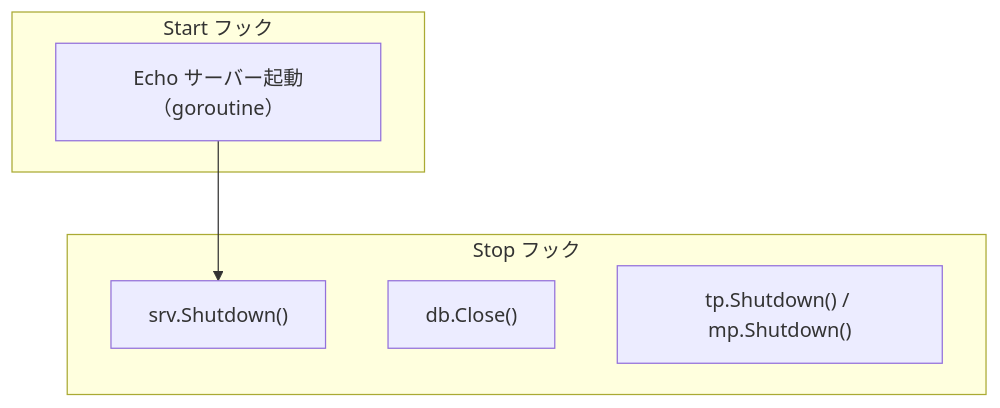
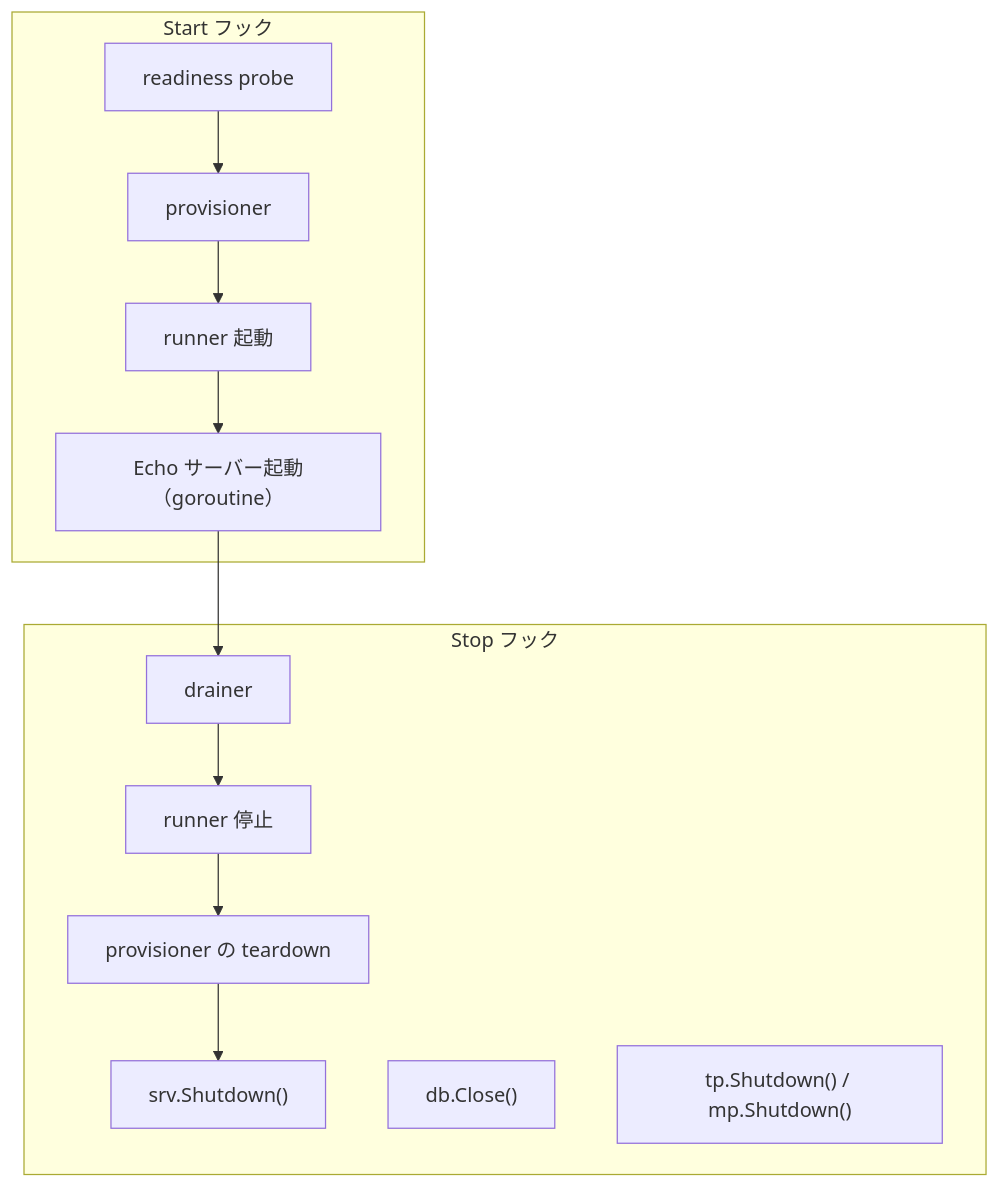
One commit to Tomy-ch/go-boilerplate changed the diagram in internal/di/server/hook/README.ja.md. Above: the diagram before and after it, drawn with Mermaid. The commit also changed other lines of this file and 14 other files, not shown here.

````diff
--- a/internal/di/server/hook/README.ja.md
+++ b/internal/di/server/hook/README.ja.md
@@ -15,16 +15,16 @@
 ```mermaid
 flowchart TB
     subgraph "Start フック"
-        HTTP["Echo サーバー起動（goroutine）"]
+        Probe["readiness probe"] --> Provision["provisioner"] --> RunStart["runner 起動"] --> HTTP["Echo サーバー起動（goroutine）"]
     end
 
     subgraph "Stop フック"
-        Shutdown["srv.Shutdown()"]
+        Drain["drainer"] --> RunStop["runner 停止"] --> Teardown["provisioner の teardown"] --> Shutdown["srv.Shutdown()"]
         DBClose["db.Close()"]
         O11yShutdown["tp.Shutdown() / mp.Shutdown()"]
     end
 
-    HTTP --> Shutdown
+    HTTP --> Drain
     DBClose
     O11yShutdown
 ```
````
